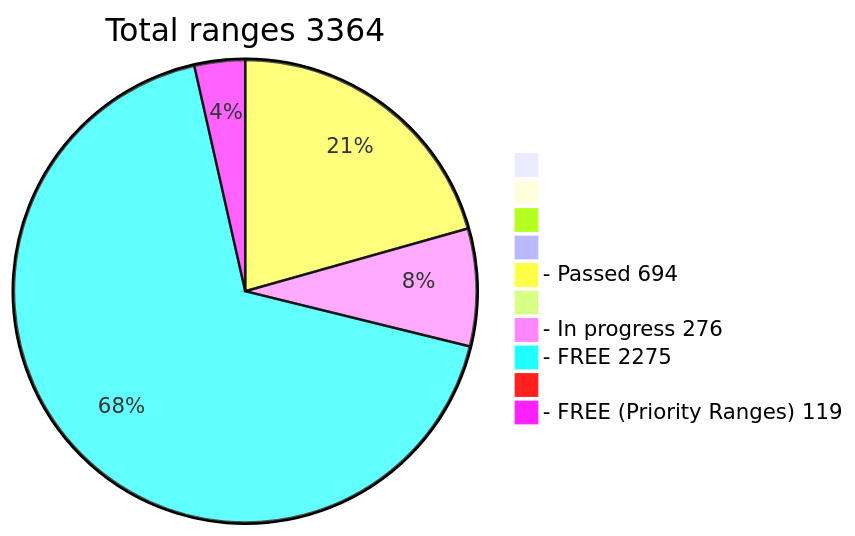
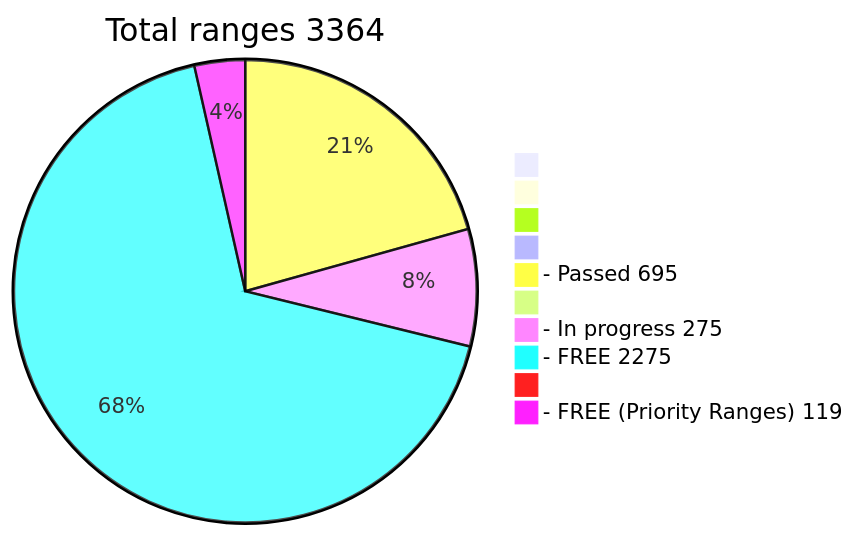
Before and after one commit to phrutis/wif500: the diagram in README.md, drawn with Mermaid.

````diff
--- a/README.md
+++ b/README.md
@@ -16,13 +16,13 @@
 ```mermaid
 pie title Total ranges 3364
              " " : 0
             "  " : 0
            "   " : 0
           "    " : 0
-  "- Passed 694" : 694
+  "- Passed 695" : 695
          "     " : 0
-  "- In progress 276" : 276
+  "- In progress 275" : 275
    "- FREE 2275" : 2275
         "      " : 0
   "- FREE (Priority Ranges) 119" : 119
 ```
````
